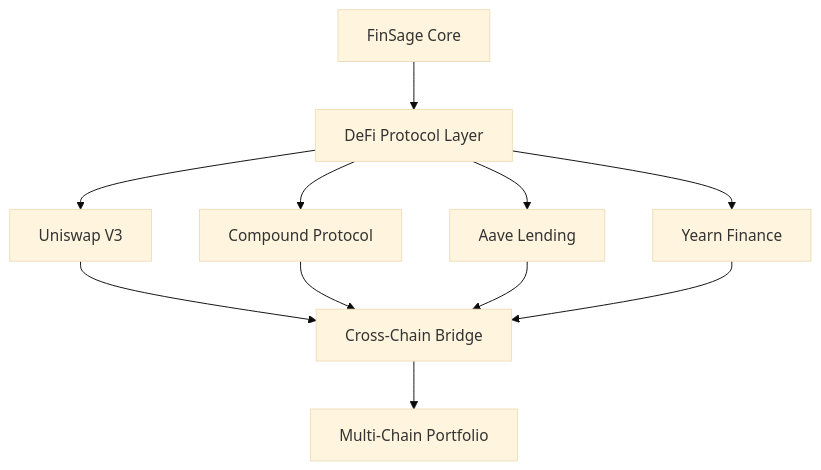
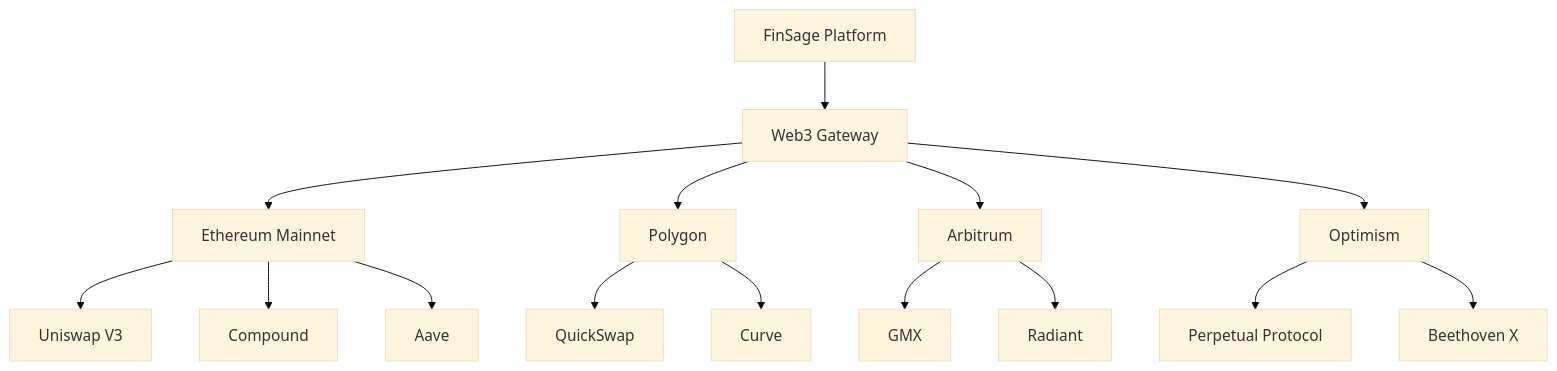
The seventh of 9 diagrams in README.md (Akshit358/Finsage), drawn with Mermaid (base theme) before and after one commit. The commit also changed other lines of this file, not shown here.

````diff
--- a/README.md
+++ b/README.md
@@ -395,13 +450,21 @@
 ```mermaid
 graph TB
-    A[FinSage Core] --> B[DeFi Protocol Layer]
-    B --> C[Uniswap V3]
-    B --> D[Compound Protocol]
-    B --> E[Aave Lending]
-    B --> F[Yearn Finance]
-    C --> G[Cross-Chain Bridge]
-    D --> G
-    E --> G
-    F --> G
-    G --> H[Multi-Chain Portfolio]
+    A[FinSage Platform] --> B[Web3 Gateway]
+    B --> C[Ethereum Mainnet]
+    B --> D[Polygon]
+    B --> E[Arbitrum]
+    B --> F[Optimism]
+    
+    C --> G[Uniswap V3]
+    C --> H[Compound]
+    C --> I[Aave]
+    
+    D --> J[QuickSwap]
+    D --> K[Curve]
+    
+    E --> L[GMX]
+    E --> M[Radiant]
+    
+    F --> N[Perpetual Protocol]
+    F --> O[Beethoven X]
 ```
````
